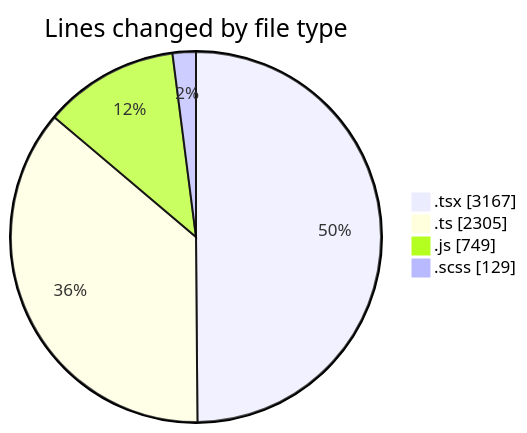
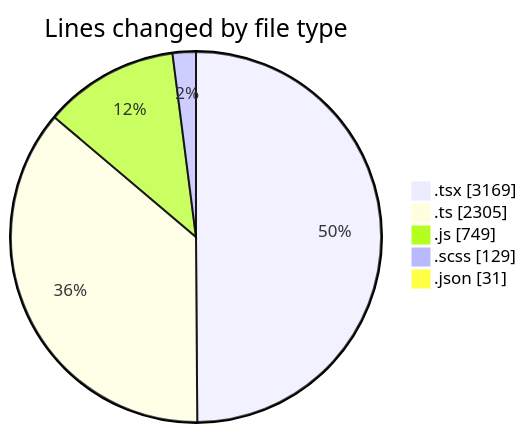
One commit to momahboobian/code-tracking changed the first of 2 diagrams in 2026-06-15/cda/README.md. Above: the diagram before and after it, drawn with Mermaid. The commit also changed other lines of this file and 1 other file, not shown here.

````diff
--- a/2026-06-15/cda/README.md
+++ b/2026-06-15/cda/README.md
@@ -59,8 +60,9 @@
 ```mermaid
 pie showData
 title Lines changed by file type
-".tsx" : 3167
+".tsx" : 3169
 ".ts" : 2305
 ".js" : 749
 ".scss" : 129
+".json" : 31
 ```
````
